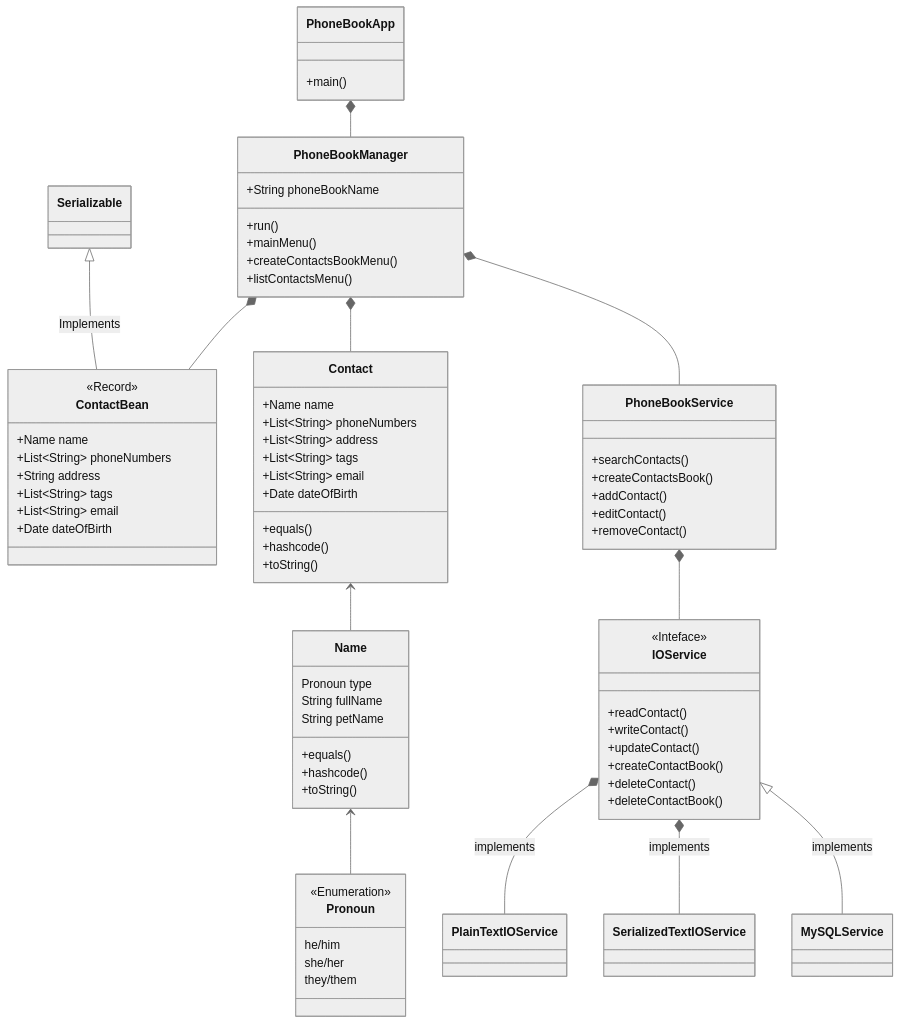
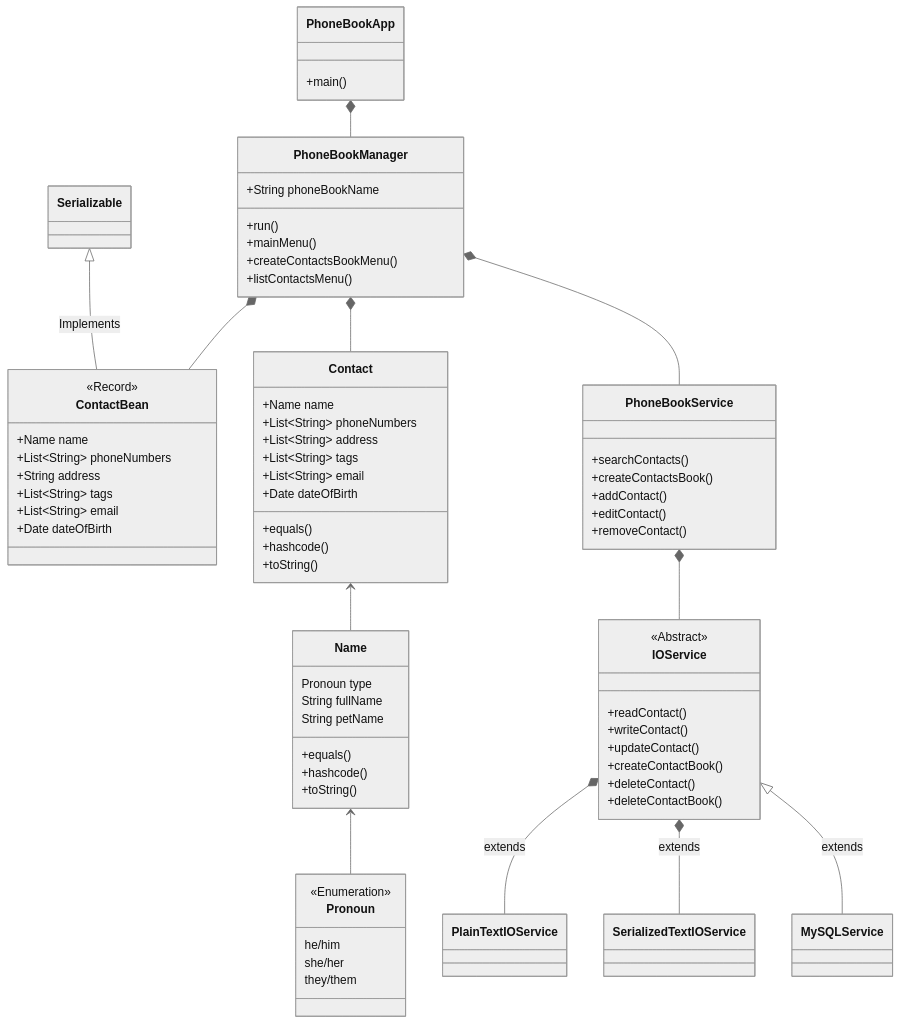
One commit to mariojoshua/PhoneBookApp_Java changed the diagram in design docs/classDiagram.md. Above: the diagram before and after it, drawn with Mermaid (neutral theme). The commit also changed 5 other files, not shown here.

```diff
--- a/design docs/classDiagram.md
+++ b/design docs/classDiagram.md
@@ -63,7 +63,7 @@
 
         PhoneBookService *-- IOService
     class IOService {
-        <<Inteface>>
+        <<Abstract>>
         +readContact()
         +writeContact()
         +updateContact()
@@ -72,9 +72,9 @@
         +deleteContactBook()
     }
 
-    IOService *-- PlainTextIOService : implements
-    IOService *-- SerializedTextIOService : implements
-    IOService <|-- MySQLService : implements
+    IOService *-- PlainTextIOService : extends
+    IOService *-- SerializedTextIOService : extends
+    IOService <|-- MySQLService : extends
 
     class PlainTextIOService {
 
```
